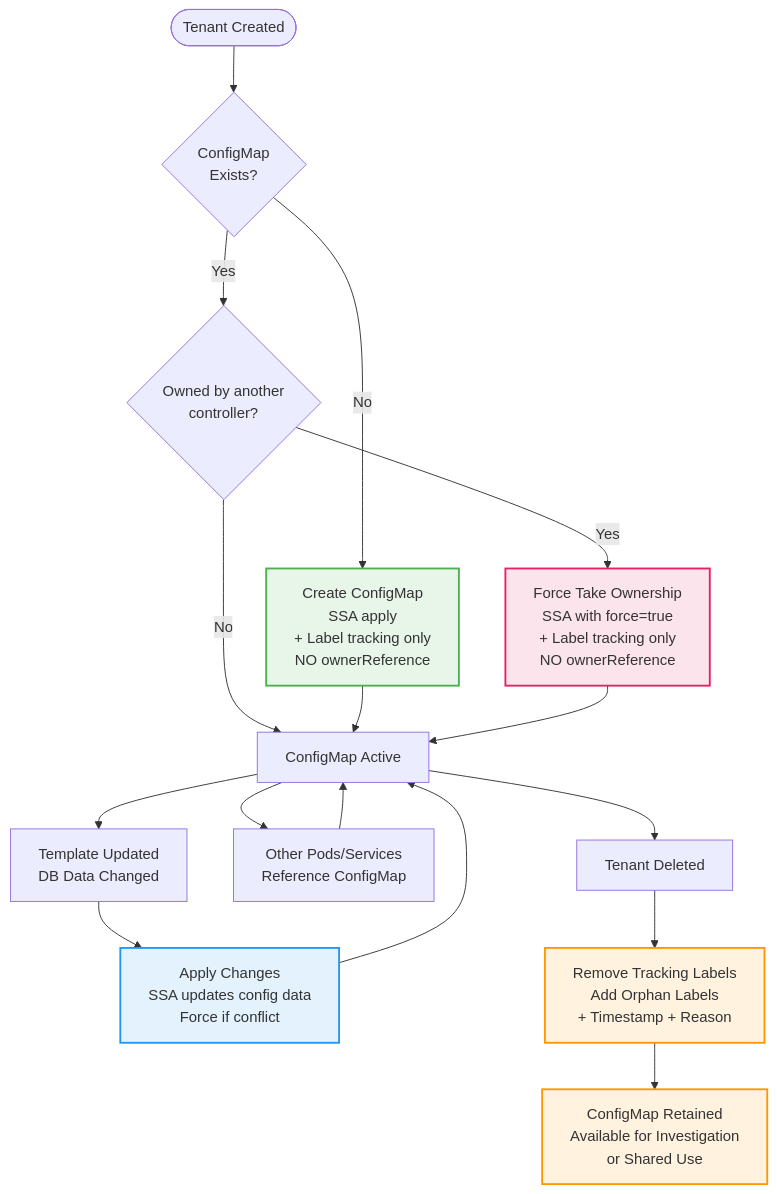
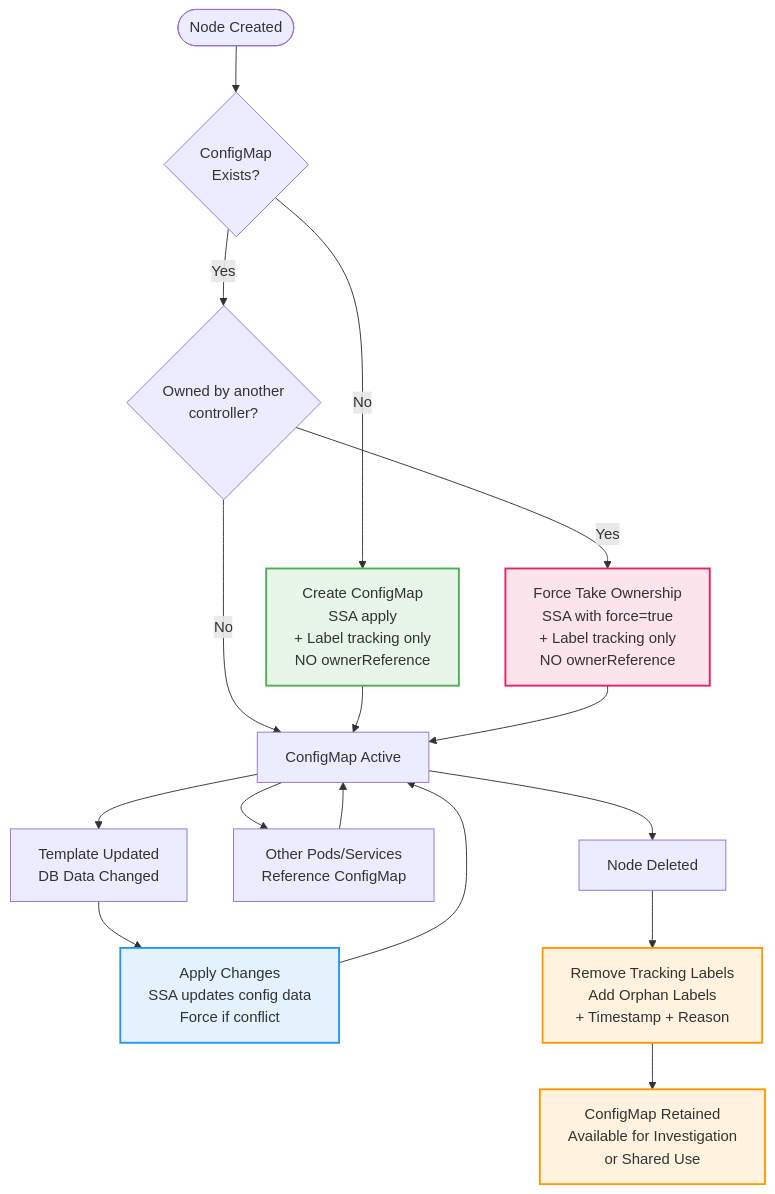
The fifth of 7 diagrams in docs/policies-examples.md (kubernetes-tenants/tenant-operator), drawn with Mermaid before and after one commit. The commit also changed other lines of this file and 203 other files, not shown here.

````diff
--- a/docs/policies-examples.md
+++ b/docs/policies-examples.md
@@ -382,46 +382,46 @@
 ```mermaid
 flowchart TD
-    Start([Tenant Created])
+    Start([Node Created])
     CheckExists{ConfigMap<br/>Exists?}
     CheckConflict{Owned by another<br/>controller?}
     ForceTake[Force Take Ownership<br/>SSA with force=true<br/>+ Label tracking only<br/>NO ownerReference]
     CreateCM[Create ConfigMap<br/>SSA apply<br/>+ Label tracking only<br/>NO ownerReference]
     CMActive[ConfigMap Active]
     TemplateChange[Template Updated<br/>DB Data Changed]
     ApplyUpdate[Apply Changes<br/>SSA updates config data<br/>Force if conflict]
     OtherPodRef[Other Pods/Services<br/>Reference ConfigMap]
-    TenantDelete[Tenant Deleted]
+    NodeDelete[Node Deleted]
     RemoveLabels[Remove Tracking Labels<br/>Add Orphan Labels<br/>+ Timestamp + Reason]
     CMRetained[ConfigMap Retained<br/>Available for Investigation<br/>or Shared Use]
 
     Start --> CheckExists
     CheckExists -->|No| CreateCM
     CheckExists -->|Yes| CheckConflict
 
     CheckConflict -->|Yes| ForceTake
     CheckConflict -->|No| CMActive
 
     CreateCM --> CMActive
     ForceTake --> CMActive
 
     CMActive --> TemplateChange
     TemplateChange --> ApplyUpdate
     ApplyUpdate --> CMActive
 
     CMActive --> OtherPodRef
     OtherPodRef --> CMActive
 
-    CMActive --> TenantDelete
-    TenantDelete --> RemoveLabels
+    CMActive --> NodeDelete
+    NodeDelete --> RemoveLabels
     RemoveLabels --> CMRetained
 
     classDef createStyle fill:#e8f5e9,stroke:#4caf50,stroke-width:2px;
     classDef updateStyle fill:#e3f2fd,stroke:#2196f3,stroke-width:2px;
     classDef retainStyle fill:#fff3e0,stroke:#ff9800,stroke-width:2px;
     classDef forceStyle fill:#fce4ec,stroke:#e91e63,stroke-width:2px;
 
     class CreateCM createStyle;
     class ApplyUpdate updateStyle;
     class RemoveLabels,CMRetained retainStyle;
     class ForceTake forceStyle;
 ```
````
